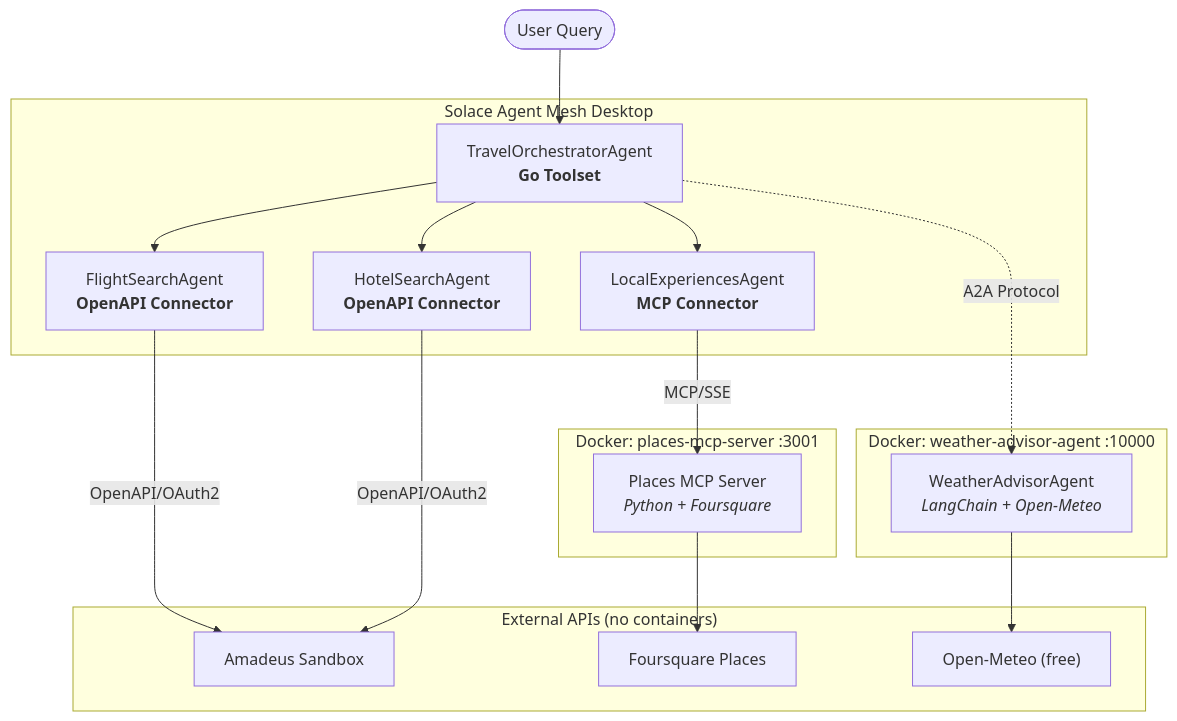
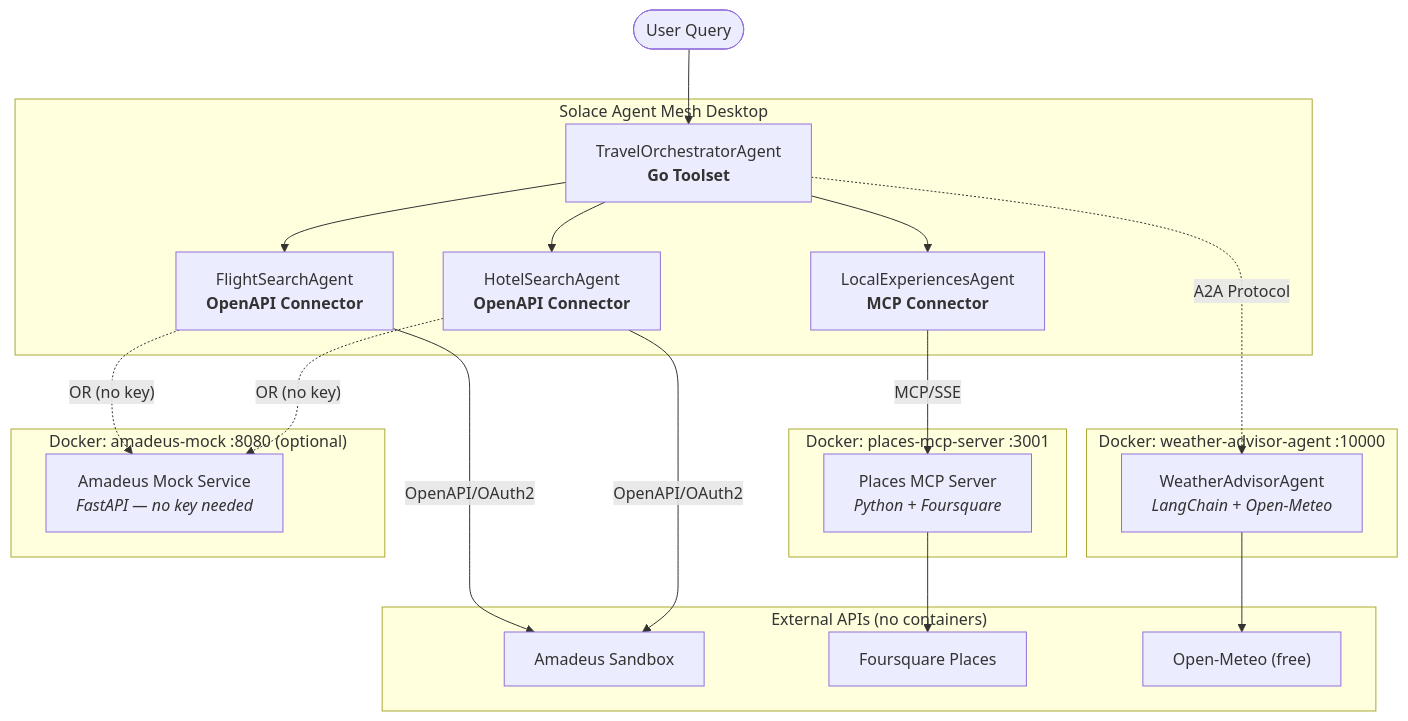
Before and after one commit to gvensan/SAM-workshop: the diagram in README.md, drawn with Mermaid. The commit also changed other lines of this file and 14 other files, not shown here.

First line of the commit message:
Add Amadeus mock service and expand agent prompts

````diff
--- a/README.md
+++ b/README.md
@@ -75,37 +78,43 @@
 ```mermaid
 graph TB
     User([User Query])
 
     subgraph SAM["Solace Agent Mesh Desktop"]
         Orch["TravelOrchestratorAgent<br/><b>Go Toolset</b>"]
         Flight["FlightSearchAgent<br/><b>OpenAPI Connector</b>"]
         Hotel["HotelSearchAgent<br/><b>OpenAPI Connector</b>"]
         Local["LocalExperiencesAgent<br/><b>MCP Connector</b>"]
     end
 
     subgraph Docker1["Docker: places-mcp-server :3001"]
         PlacesMCP["Places MCP Server<br/><i>Python + Foursquare</i>"]
     end
 
     subgraph Docker2["Docker: weather-advisor-agent :10000"]
         Weather["WeatherAdvisorAgent<br/><i>LangChain + Open-Meteo</i>"]
     end
 
+    subgraph MockDocker["Docker: amadeus-mock :8080 (optional)"]
+        MockSvc["Amadeus Mock Service<br/><i>FastAPI — no key needed</i>"]
+    end
+
     subgraph APIs["External APIs (no containers)"]
         Amadeus["Amadeus Sandbox"]
         Foursquare["Foursquare Places"]
         OpenMeteo["Open-Meteo (free)"]
     end
 
     User --> Orch
     Orch --> Flight
     Orch --> Hotel
     Orch --> Local
     Orch -.->|"A2A Protocol"| Weather
 
     Flight -->|"OpenAPI/OAuth2"| Amadeus
     Hotel -->|"OpenAPI/OAuth2"| Amadeus
+    Flight -. "OR (no key)" .-> MockSvc
+    Hotel -. "OR (no key)" .-> MockSvc
     Local -->|"MCP/SSE"| PlacesMCP
     PlacesMCP --> Foursquare
     Weather --> OpenMeteo
 ```
````
